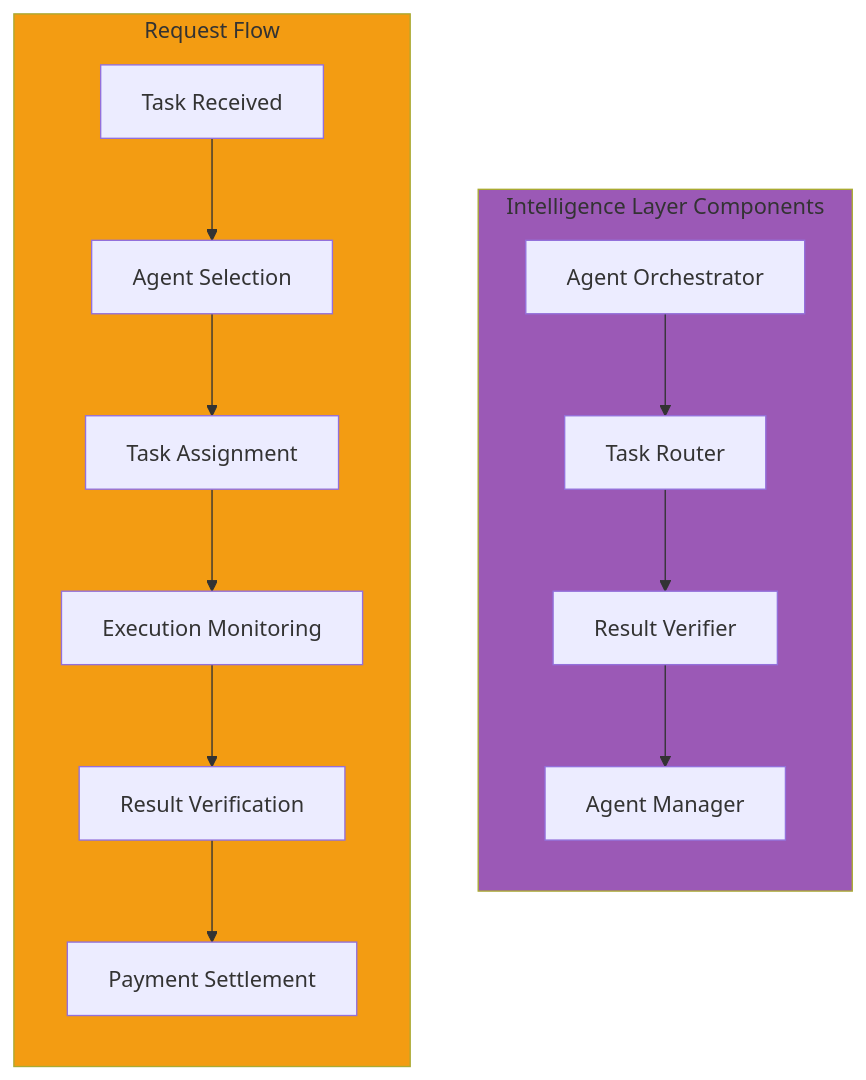
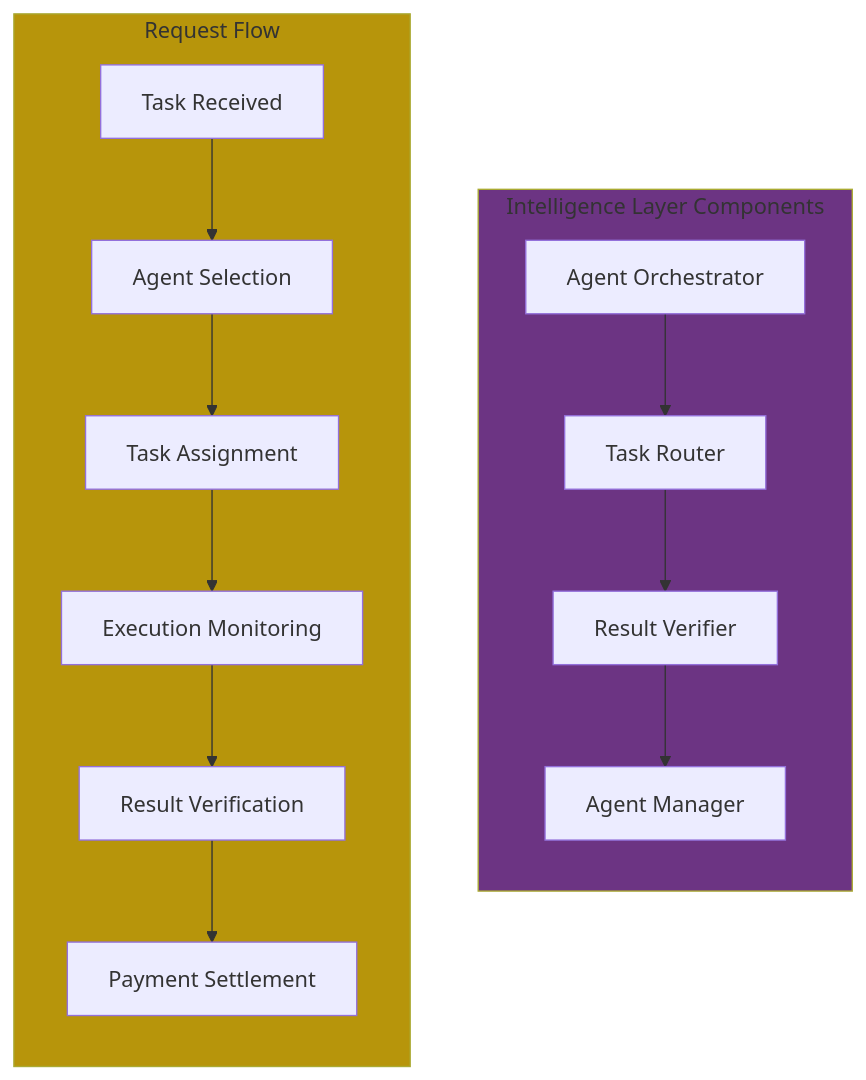
The second of 10 diagrams in docs/03-technology/system-architecture.md (CipherOcto/cipherocto), drawn with Mermaid before and after one commit. The commit also changed other lines of this file and 13 other files, not shown here.

First line of the commit message:
Improve Mermaid diagram accessibility: Fix color contrast

````diff
--- a/docs/03-technology/system-architecture.md
+++ b/docs/03-technology/system-architecture.md
@@ -29,29 +29,29 @@
 ```mermaid
 graph TB
     subgraph INTELLIGENCE["Intelligence Layer Components"]
         direction TB
         AO[Agent Orchestrator]
         TR[Task Router]
         RVS[Result Verifier]
         AM[Agent Manager]
     end
 
     subgraph FLOW["Request Flow"]
         direction TB
         F1[Task Received]
         F2[Agent Selection]
         F3[Task Assignment]
         F4[Execution Monitoring]
         F5[Result Verification]
         F6[Payment Settlement]
     end
 
     AO --> TR
     TR --> RVS
     RVS --> AM
 
     F1 --> F2 --> F3 --> F4 --> F5 --> F6
 
-    style INTELLIGENCE fill:#9b59b6
-    style FLOW fill:#f39c12
+    style INTELLIGENCE fill:#6c3483
+    style FLOW fill:#b7950b
 ```
````
